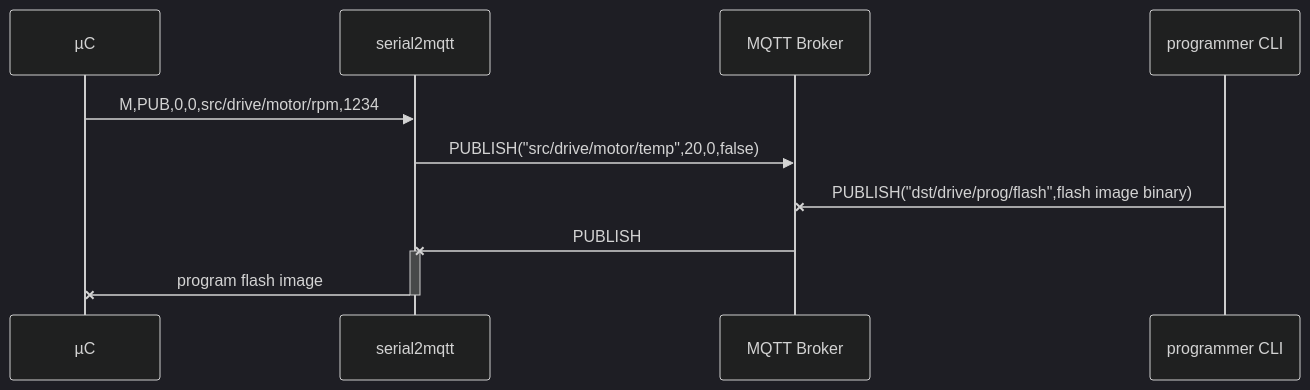
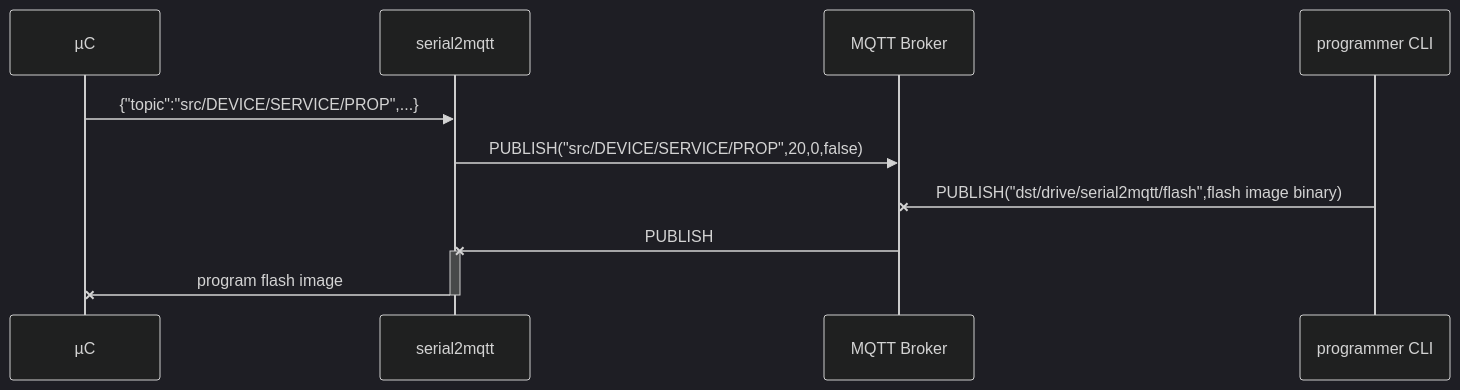
One commit to vortex314/serial2mqtt changed the second of 2 diagrams in README.md. Above: the diagram before and after it, drawn with Mermaid (dark theme).

Commit message:
Uploaded by https://stackedit.io/

````diff
--- a/README.md
+++ b/README.md
@@ -128,10 +128,10 @@
 ```mermaid
 sequenceDiagram
-µC->> serial2mqtt: M,PUB,0,0,src/drive/motor/rpm,1234
-serial2mqtt->>MQTT Broker:  PUBLISH("src/drive/motor/temp",20,0,false)
-programmer CLI -x MQTT Broker: PUBLISH("dst/drive/prog/flash",flash image binary)
+µC->> serial2mqtt: {"topic":"src/DEVICE/SERVICE/PROP",...}
+serial2mqtt->>MQTT Broker:  PUBLISH("src/DEVICE/SERVICE/PROP",20,0,false)
+programmer CLI -x MQTT Broker: PUBLISH("dst/drive/serial2mqtt/flash",flash image binary)
 MQTT Broker -x serial2mqtt : PUBLISH
 activate serial2mqtt
 serial2mqtt -x µC : program flash image
 deactivate serial2mqtt
 ```
````
